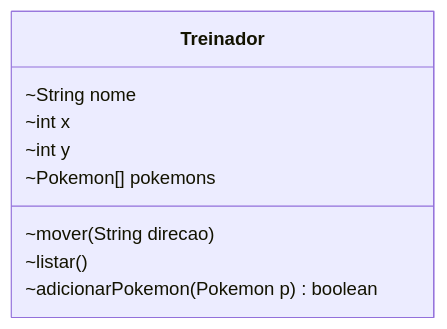
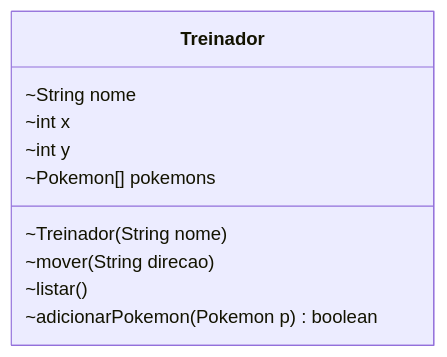
Before and after one commit to profBruno-UFC-Qx/oriented-object-programming: the diagram in _praticas/pp01.md, drawn with Mermaid. The commit also changed other lines of this file and 3 other files, not shown here.

```diff
--- a/_praticas/pp01.md
+++ b/_praticas/pp01.md
@@ -20,13 +20,14 @@
 <pre class="mermaid">
 
 classDiagram
 	class Treinador {
 	 	~String nome
 		~int x
 		~int y
 		~Pokemon[] pokemons
+		~Treinador(String nome)
 		~mover(String direcao)
 		~listar()
 		~adicionarPokemon(Pokemon p) boolean
 	}
 </pre>    
```
